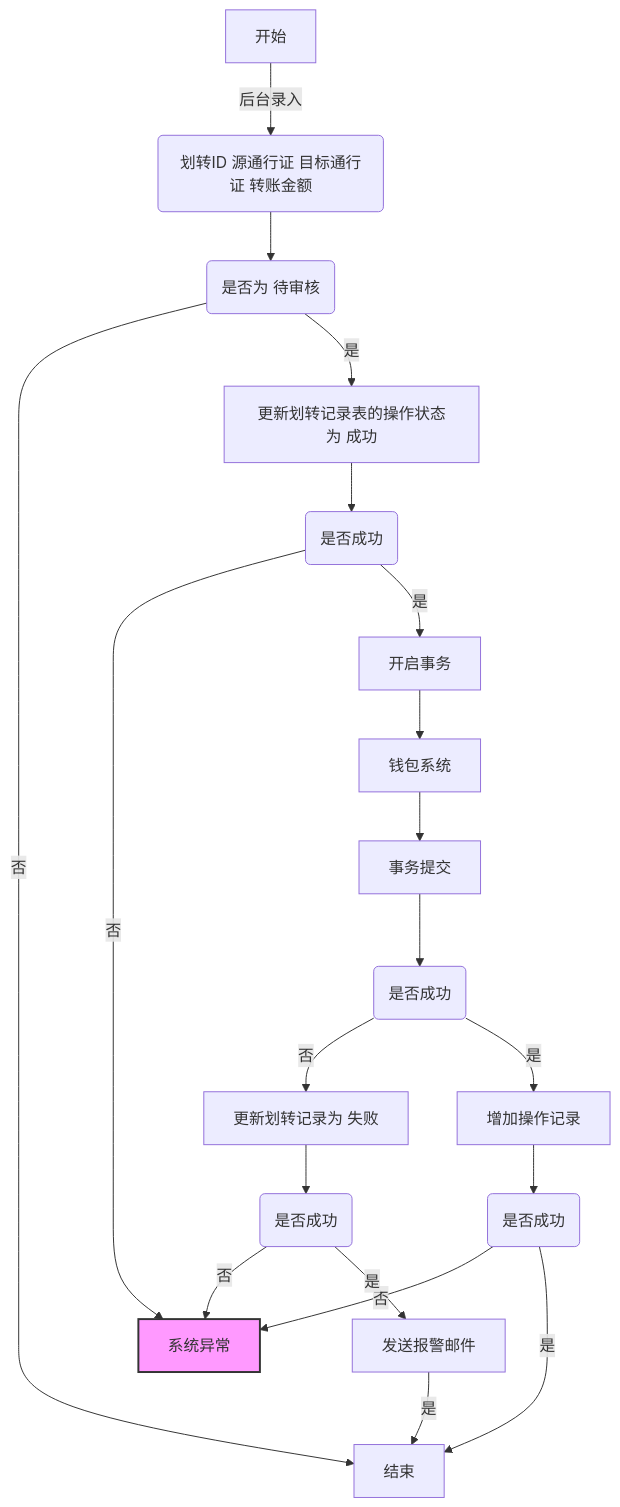
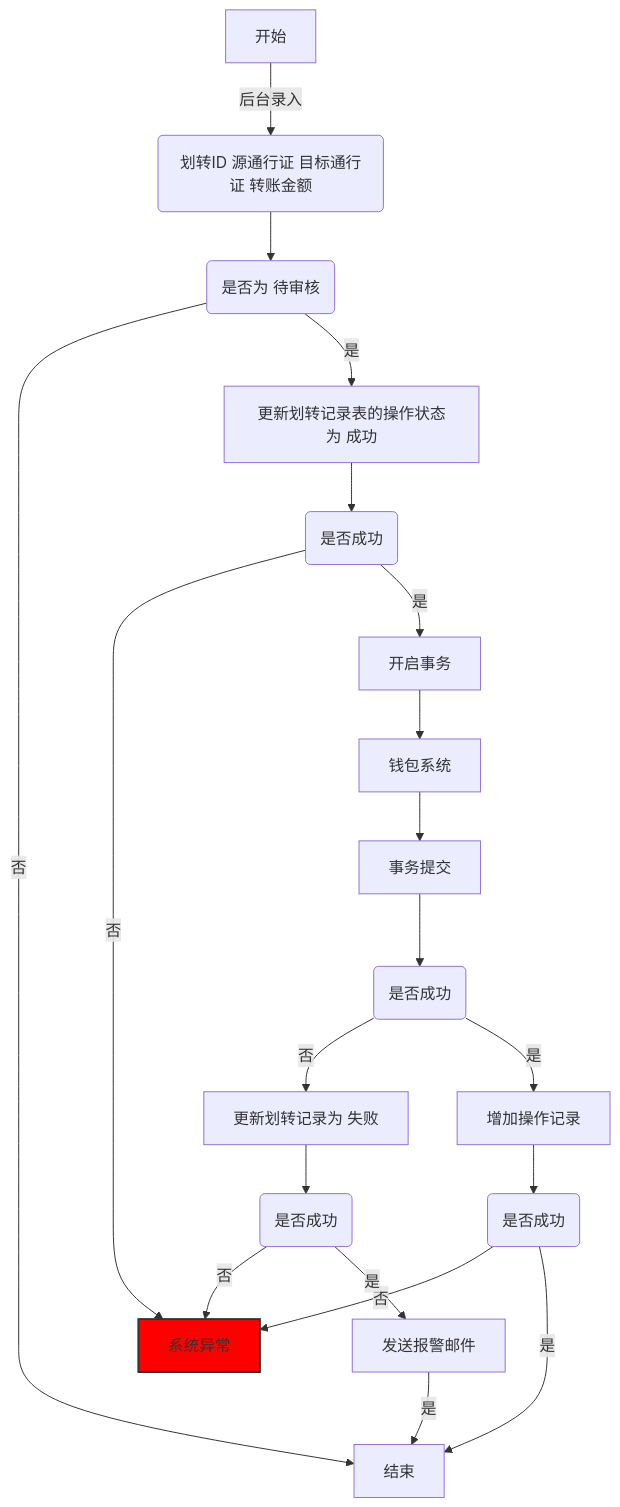
Before and after one commit to ma-luyang/shimobang: the diagram in README.md, drawn with Mermaid.

````diff
--- a/README.md
+++ b/README.md
@@ -3,29 +3,29 @@
 ```mermaid
 flowchart TB
     A[开始] -->|后台录入| B(划转ID 源通行证 目标通行证 转账金额)
     
     B --> C(是否为 待审核);
     C -->|否|Z[结束];
     C -->|是|D[更新划转记录表的操作状态为 成功];
     
     D --> E(是否成功);
     E -->|否|X[系统异常];
     E -->|是|F[开启事务];
     F --> G[钱包系统];
     G --> H[事务提交];
     
     H --> I(是否成功);
     I -->|否|J[更新划转记录为 失败];
     I -->|是|K[增加操作记录];
     
     K --> L(是否成功);
     L -->|否|X[系统异常];
     L -->|是|Z[结束];
     
     J --> M(是否成功);
     M -->|否|X[系统异常];
     M -->|是|N[发送报警邮件];
     N -->|是|Z[结束];
     
-    style X fill:#f9f,stroke:#333,stroke-width:2px
+    style X fill:#FF0000,stroke:#333,stroke-width:2px
 ```
````
